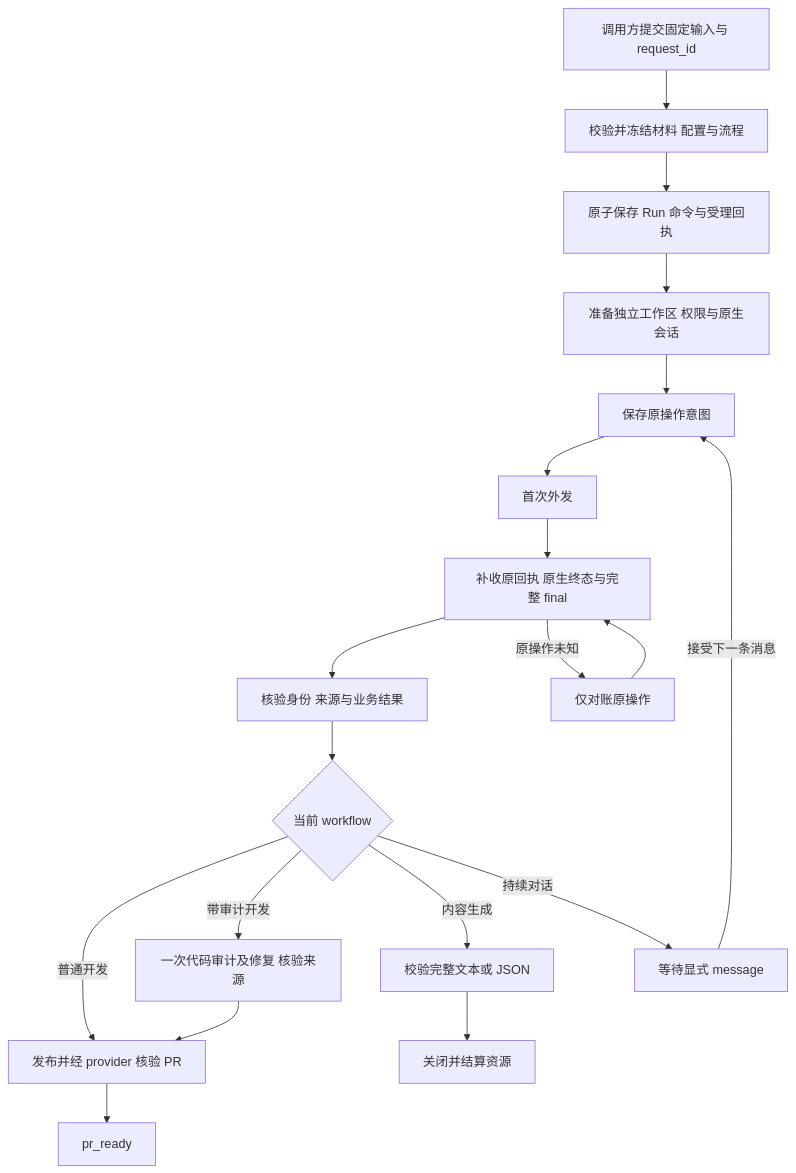
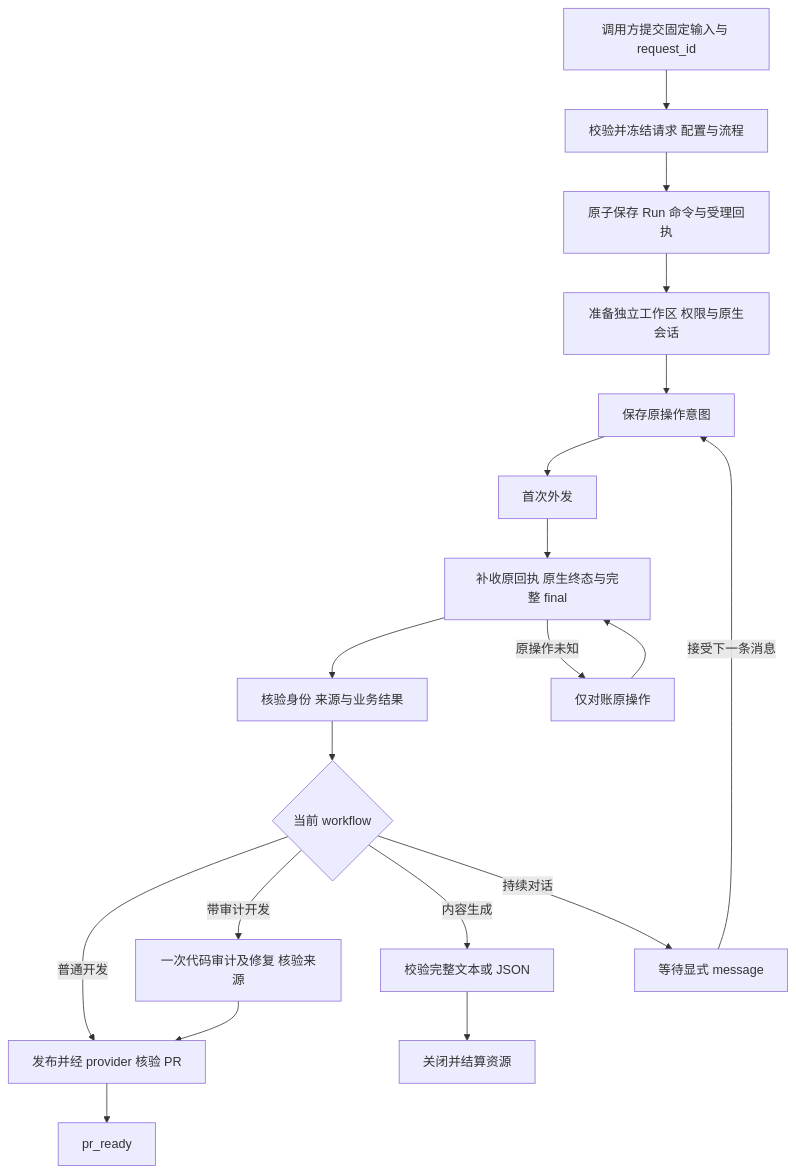
Before and after one commit to erranliu/SteerRunner: the diagram in docs/reliable-delivery.md, drawn with Mermaid. The commit also changed other lines of this file and 6 other files, not shown here.

````diff
--- a/docs/reliable-delivery.md
+++ b/docs/reliable-delivery.md
@@ -27,21 +29,21 @@
 ```mermaid
 flowchart TD
-    A[调用方提交固定输入与 request_id] --> B[校验并冻结材料 配置与流程]
+    A[调用方提交固定输入与 request_id] --> B[校验并冻结请求 配置与流程]
     B --> C[原子保存 Run 命令与受理回执]
     C --> D[准备独立工作区 权限与原生会话]
     D --> E[保存原操作意图]
     E --> F[首次外发]
     F --> G[补收原回执 原生终态与完整 final]
     G --> H[核验身份 来源与业务结果]
     H --> I{当前 workflow}
     I -->|普通开发| J[发布并经 provider 核验 PR]
     I -->|带审计开发| K[一次代码审计及修复 核验来源]
     K --> J
     J --> L[pr_ready]
     I -->|内容生成| M[校验完整文本或 JSON]
     M --> N[关闭并结算资源]
     I -->|持续对话| O[等待显式 message]
     O -->|接受下一条消息| E
     G -->|原操作未知| P[仅对账原操作]
     P --> G
 ```
````
